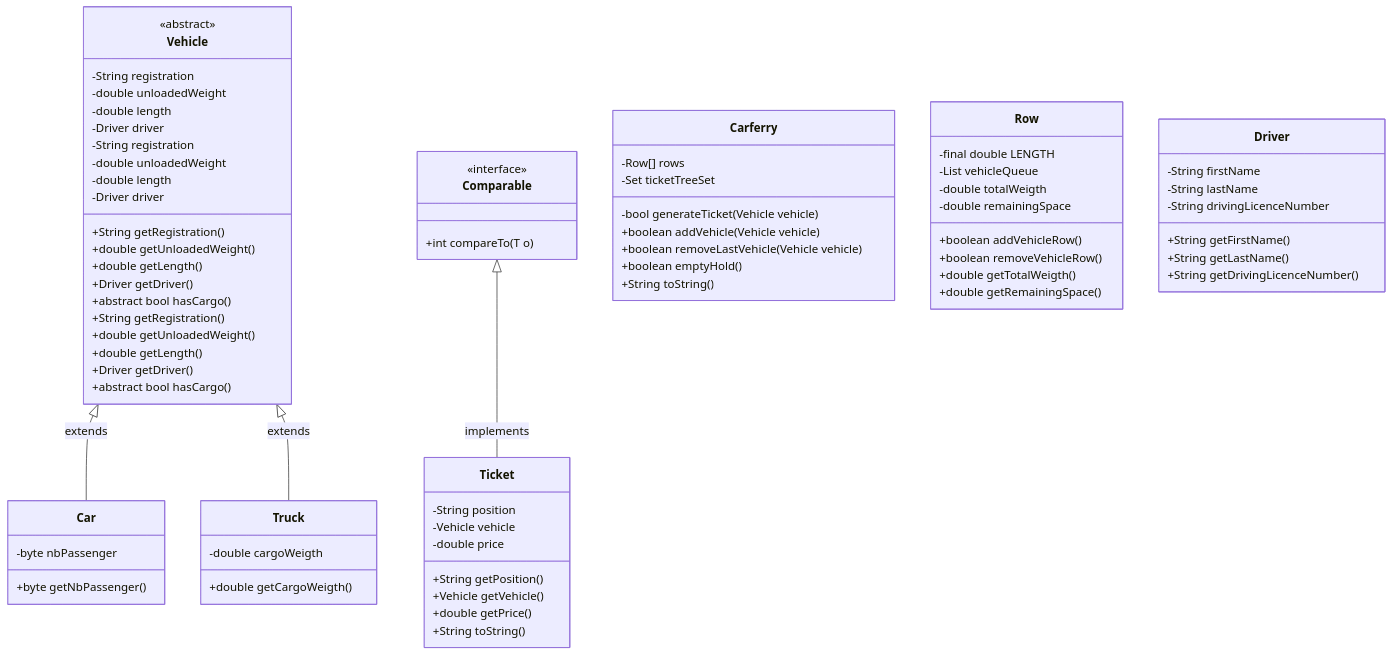
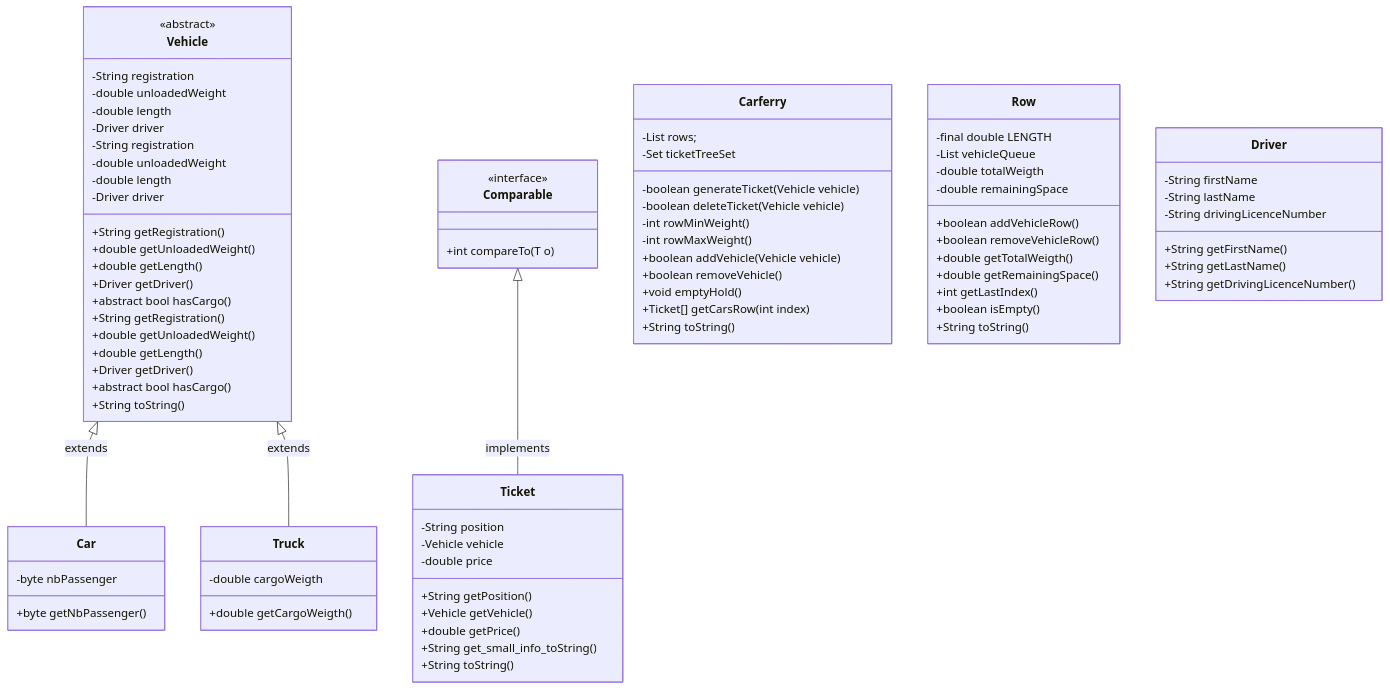
The diagram in diagramme.md (krillren/Carferry), drawn with Mermaid before and after one commit. The commit also changed other lines of this file, not shown here.

````diff
--- a/diagramme.md
+++ b/diagramme.md
@@ -34,12 +39,16 @@
 	}
 			
 	class Carferry {
-		-Row[] rows
+		-List<Row> rows;
 		-Set<Ticket> ticketTreeSet
-		-bool generateTicket(Vehicle vehicle)
+		-boolean generateTicket(Vehicle vehicle)
+		-boolean deleteTicket(Vehicle vehicle)
+		-int rowMinWeight()
+		-int rowMaxWeight()
 		+boolean addVehicle(Vehicle vehicle)
-		+boolean removeLastVehicle(Vehicle vehicle)
-		+boolean emptyHold()
+		+boolean removeVehicle()
+		+void emptyHold()
+		+Ticket[] getCarsRow(int index)
 		+String toString()
 	}
 			
@@ -52,6 +61,9 @@
 		+boolean removeVehicleRow()
 		+double getTotalWeigth()
 		+double getRemainingSpace()
+		+int getLastIndex()
+		+boolean isEmpty()
+		+String toString()
 	}
 			
 	class Driver {
@@ -70,6 +82,7 @@
 		+String getPosition()
 		+Vehicle getVehicle()
 		+double getPrice()
+		+String get_small_info_toString()
 		+String toString()
 	}
 
@@ -84,5 +97,6 @@
 		+double getLength()
 		+Driver getDriver()
 		+abstract bool hasCargo()
+		+String toString()
 	}
 ```
````
